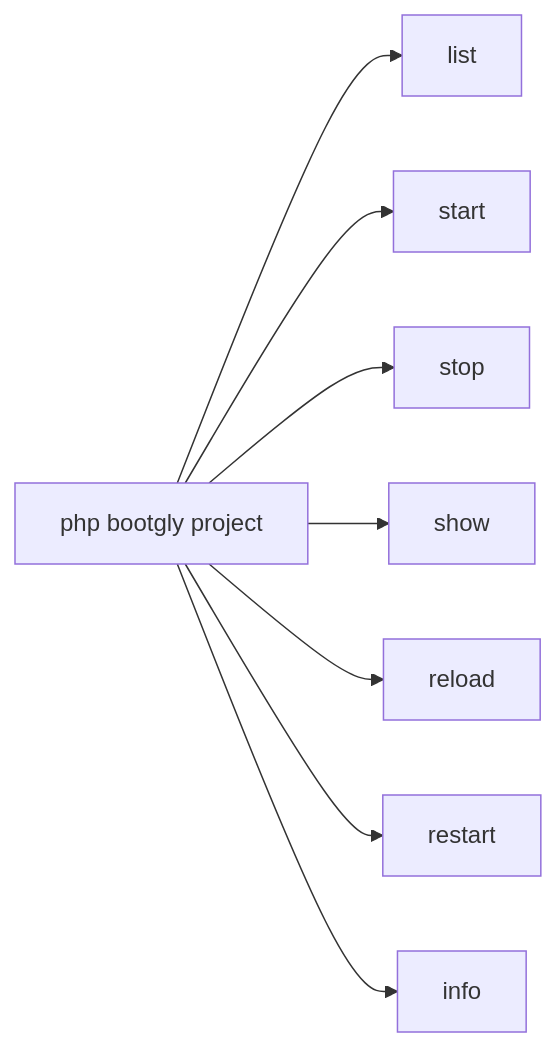
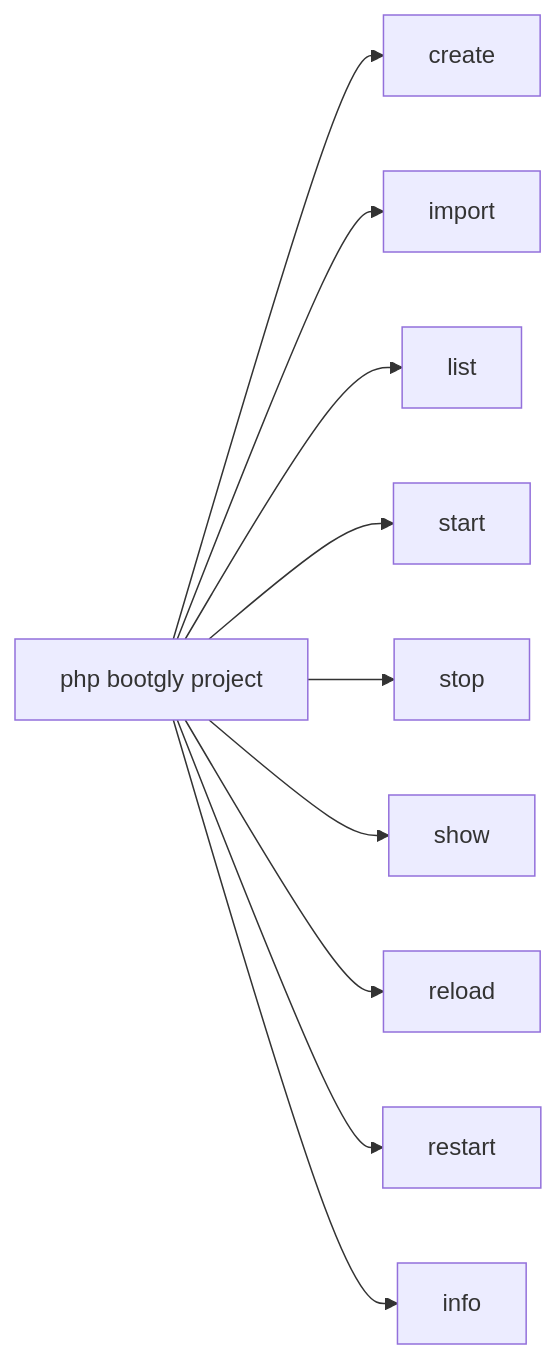
The first of 2 diagrams in src/pages/manual/Bootgly/essential/projects.overview.en-US.md (bootgly/bootgly_docs), drawn with Mermaid before and after one commit. The commit also changed other lines of this file and 27 other files, not shown here.

````diff
--- a/src/pages/manual/Bootgly/essential/projects.overview.en-US.md
+++ b/src/pages/manual/Bootgly/essential/projects.overview.en-US.md
@@ -75,11 +105,13 @@
 ```mermaid
 graph LR
   project["php bootgly project"]
+  project --> create["create"]
+  project --> import["import"]
   project --> list["list"]
   project --> start["start"]
   project --> stop["stop"]
   project --> show["show"]
   project --> reload["reload"]
   project --> restart["restart"]
   project --> info["info"]
 ```
````
